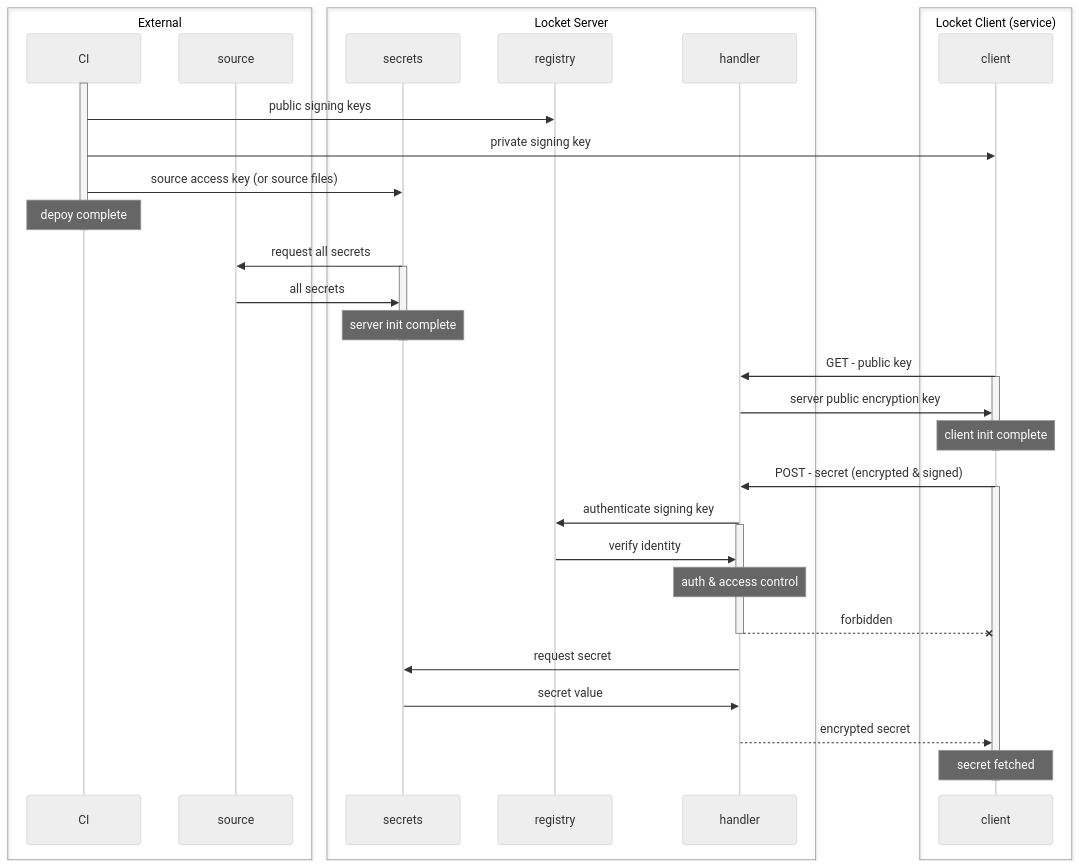
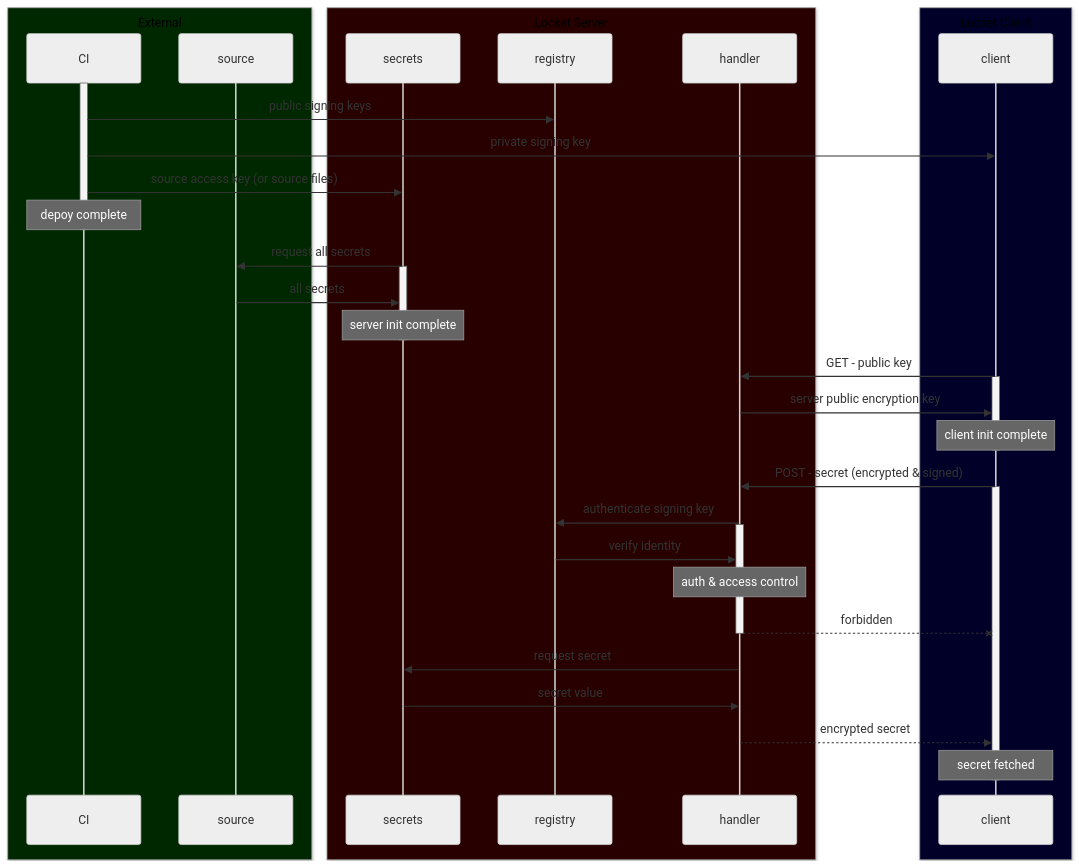
Before and after one commit to grackleclub/locket: the diagram in README.md, drawn with Mermaid (neutral theme).

Commit message:
cleanup diagram

````diff
--- a/README.md
+++ b/README.md
@@ -8,48 +8,50 @@
 ```mermaid
 sequenceDiagram
-    box External 
+    box rgb(0, 40, 0) External 
     participant CI
     participant source
     end
-    box Locket Server
+
+    box rgb(40, 0, 0) Locket Server
     participant secrets
     participant registry
     participant handler
     end
-    box Locket Client (service)
+
+    box rgb(0, 0, 40) Locket Client
     participant client
     end
 
     activate CI
     CI->>registry: public signing keys
     CI->>client: private signing key
     CI->>secrets: source access key (or source files)
     note over CI: depoy complete
     deactivate CI
 
     secrets->>source: request all secrets
     activate secrets
     source->>secrets: all secrets
     note over secrets: server init complete
     deactivate secrets
 
     client->>handler: GET - public key
     activate client
     handler->>client: server public encryption key
     note over client: client init complete
     deactivate client
 
     client->>handler: POST - secret (encrypted & signed)
     activate client
     handler->>registry: authenticate signing key
     activate handler
     registry->>handler: verify identity
     note over handler: auth & access control
     handler--x client: forbidden
     deactivate handler
     handler->>secrets: request secret
     secrets->>handler: secret value
     handler-->>client: encrypted secret
     note over client: secret fetched
     deactivate client
 ```
````
